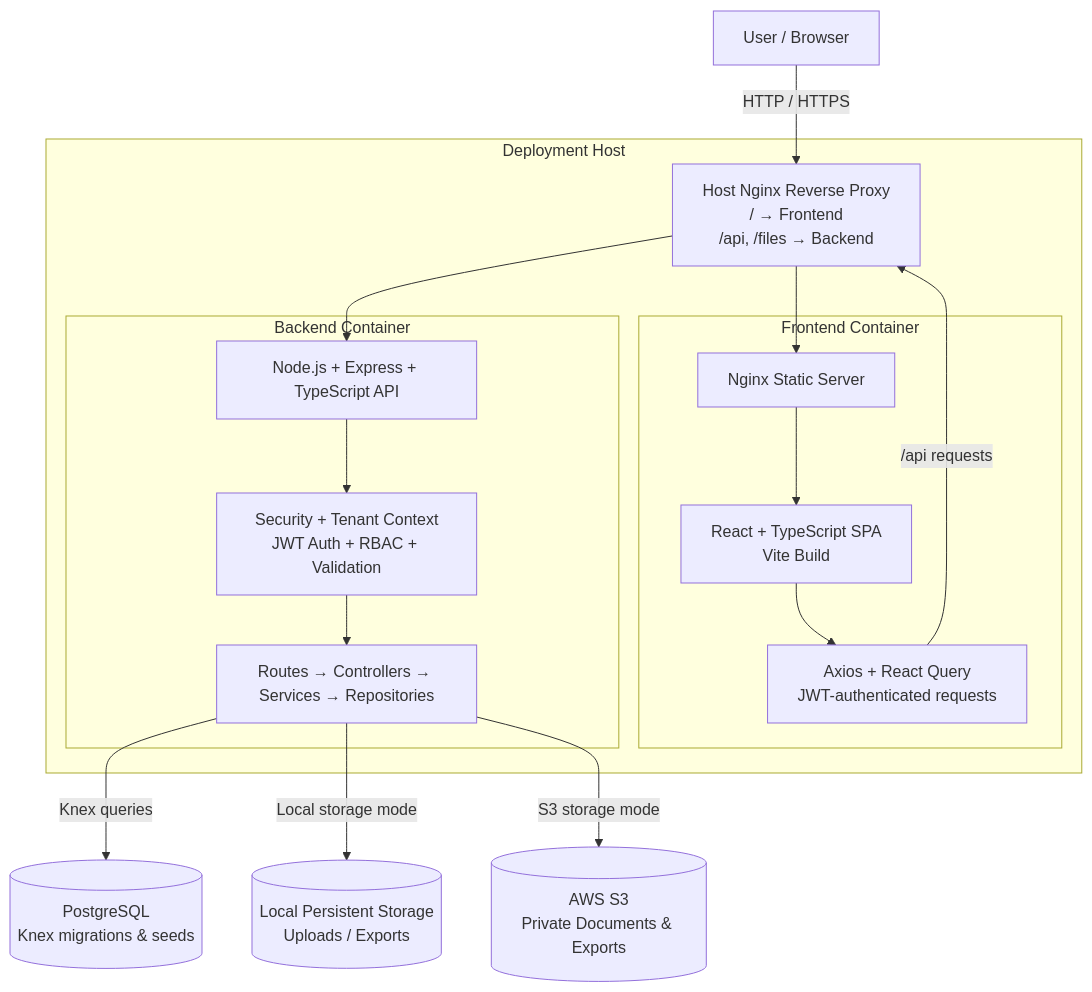
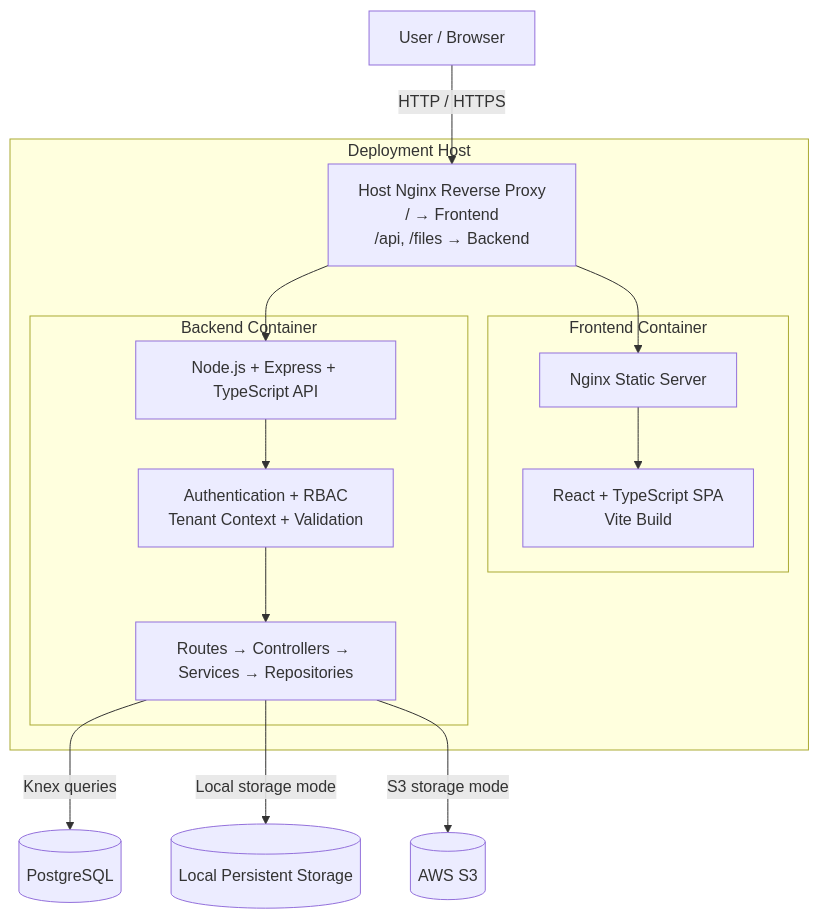
Before and after one commit to daniellacantoo/federa-sports-management-system: the diagram in README.md, drawn with Mermaid. The commit also changed other lines of this file, not shown here.

````diff
--- a/README.md
+++ b/README.md
@@ -108,37 +117,34 @@
 ```mermaid
 flowchart TD
     U[User / Browser]
 
     subgraph Host["Deployment Host"]
         RP[Host Nginx Reverse Proxy<br/>/ → Frontend<br/>/api, /files → Backend]
 
         subgraph FE["Frontend Container"]
             FN[Nginx Static Server]
             SPA[React + TypeScript SPA<br/>Vite Build]
-            AX[Axios + React Query<br/>JWT-authenticated requests]
             FN --> SPA
-            SPA --> AX
         end
 
         subgraph BE["Backend Container"]
             EX[Node.js + Express + TypeScript API]
-            MW[Security + Tenant Context<br/>JWT Auth + RBAC + Validation]
+            MW[Authentication + RBAC<br/>Tenant Context + Validation]
             APP[Routes → Controllers → Services → Repositories]
             EX --> MW --> APP
         end
 
         RP --> FN
         RP --> EX
     end
 
     U -->|HTTP / HTTPS| RP
-    AX -->|/api requests| RP
 
-    DB[(PostgreSQL<br/>Knex migrations & seeds)]
-    LOCAL[(Local Persistent Storage<br/>Uploads / Exports)]
-    S3[(AWS S3<br/>Private Documents & Exports)]
+    DB[(PostgreSQL)]
+    LOCAL[(Local Persistent Storage)]
+    S3[(AWS S3)]
 
     APP -->|Knex queries| DB
     APP -->|Local storage mode| LOCAL
     APP -->|S3 storage mode| S3
 ```
````
